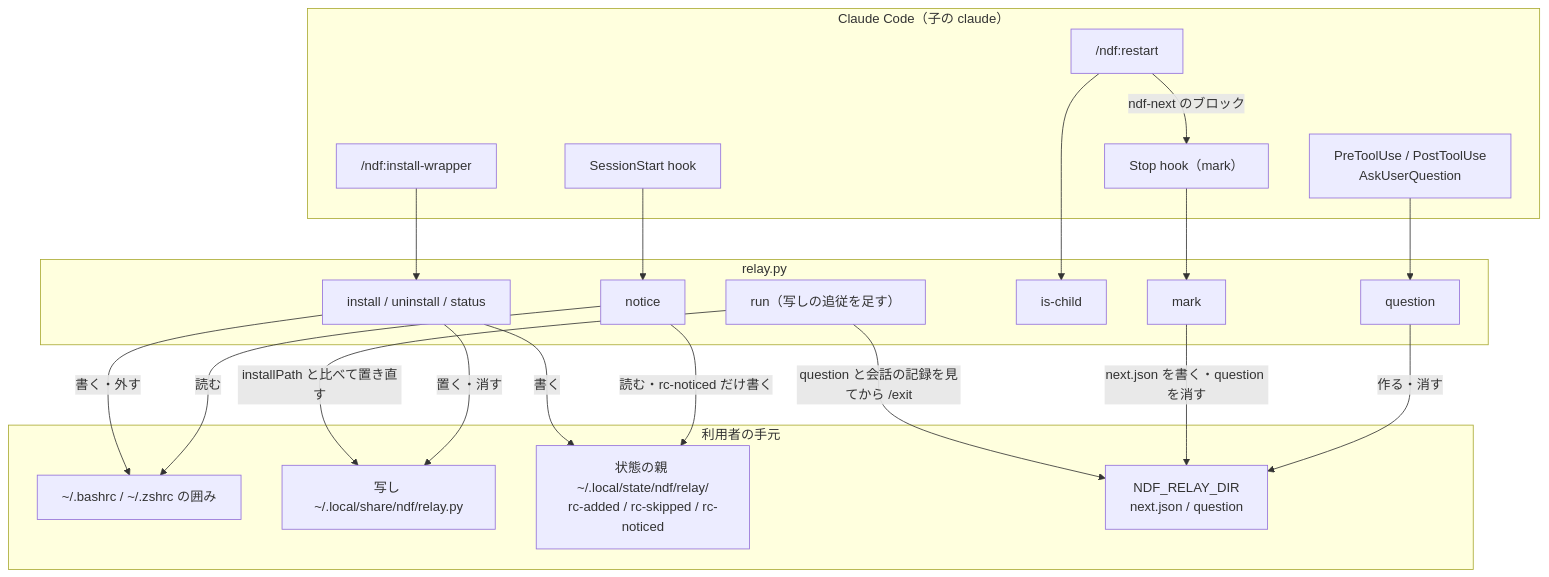
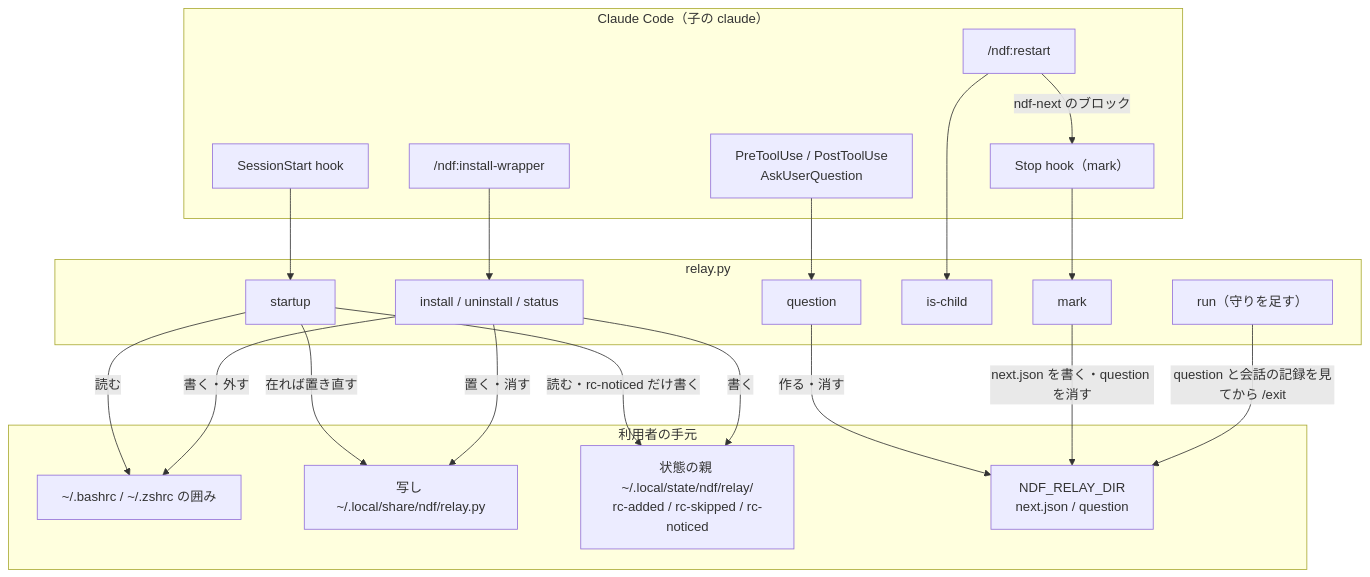
Before and after one commit to devbasex/ai-plugins: the first of 4 diagrams in issues/issue-928-design.md, drawn with Mermaid. The commit also changed other lines of this file and 3 other files, not shown here.

````diff
--- a/issues/issue-928-design.md
+++ b/issues/issue-928-design.md
@@ -48,39 +48,39 @@
 ```mermaid
 graph TB
     subgraph cc["Claude Code（子の claude）"]
         SS["SessionStart hook"]
         ST["Stop hook（mark）"]
         QH["PreToolUse / PostToolUse<br/>AskUserQuestion"]
         IW["/ndf:install-wrapper"]
         RS["/ndf:restart"]
     end
     subgraph relay["relay.py"]
-        N[notice]
+        N[startup]
         I["install / uninstall / status"]
-        R["run（写しの追従を足す）"]
+        R["run（守りを足す）"]
         K[is-child]
         M[mark]
         Q[question]
     end
     subgraph files["利用者の手元"]
         RC["~/.bashrc / ~/.zshrc の囲み"]
         CP["写し ~/.local/share/ndf/relay.py"]
         SD["状態の親 ~/.local/state/ndf/relay/<br/>rc-added / rc-skipped / rc-noticed"]
         WD["NDF_RELAY_DIR<br/>next.json / question"]
     end
     SS --> N
     N -->|読む| RC
+    N -->|在れば置き直す| CP
     N -->|読む・rc-noticed だけ書く| SD
     IW --> I
     I -->|書く・外す| RC
     I -->|置く・消す| CP
     I -->|書く| SD
     RS --> K
     RS -->|ndf-next のブロック| ST
     ST --> M
-    R -->|installPath と比べて置き直す| CP
     QH --> Q
     Q -->|作る・消す| WD
     M -->|next.json を書く・question を消す| WD
     R -->|question と会話の記録を見てから /exit| WD
 ```
````
